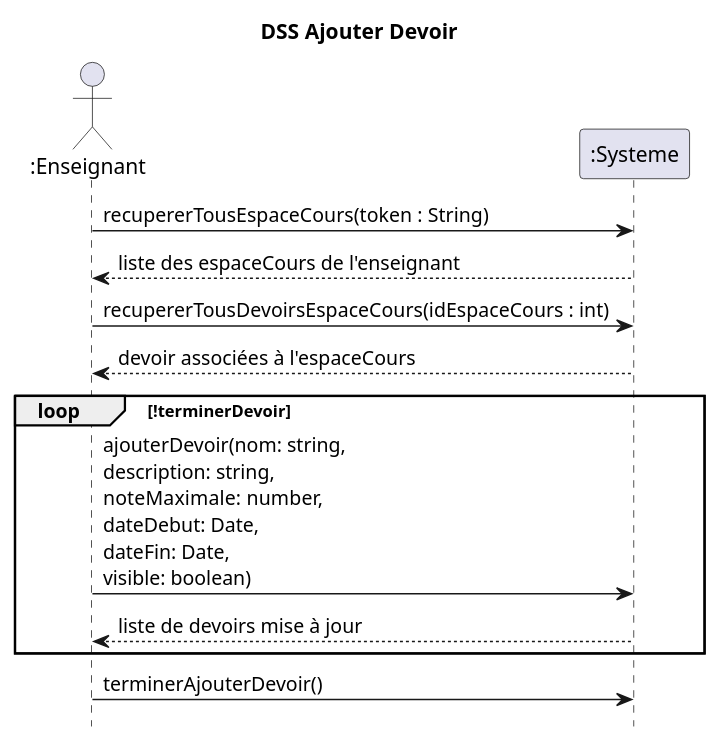
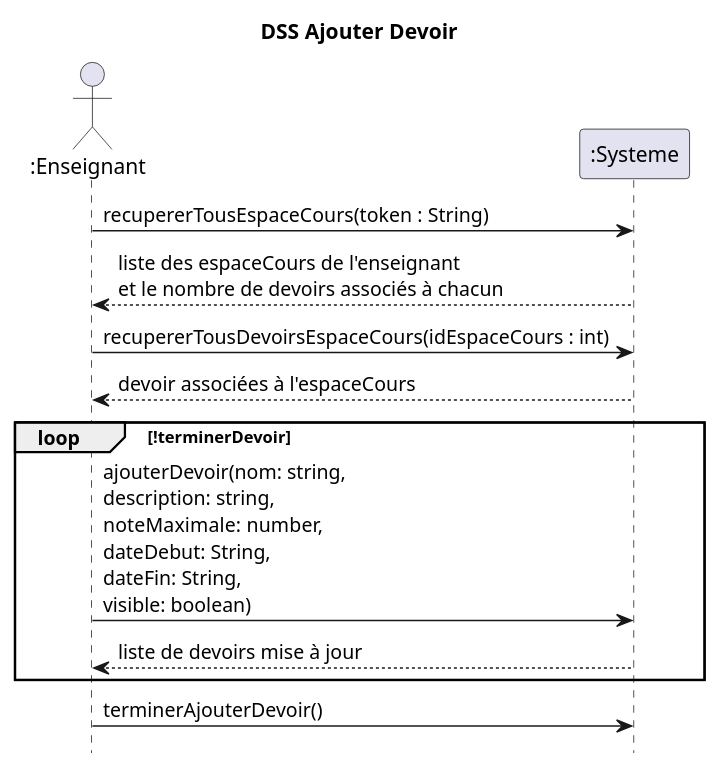
One commit to nerdz88/SGA-TS changed the diagram in docs/Ajouter devoir/DSS_Ajouter_Devoir.puml. Above: the diagram before and after it, drawn with PlantUML. The commit also changed 18 other files, not shown here.

Commit message:
doc AjouterDevoir

```diff
--- a/docs/Ajouter devoir/DSS_Ajouter_Devoir.puml
+++ b/docs/Ajouter devoir/DSS_Ajouter_Devoir.puml
@@ -1,18 +1,16 @@
 @startuml DSS_Ajouter_Devoir
 title DSS Ajouter Devoir
 hide footbox
 actor ":Enseignant" as professeur
 participant ":Systeme" as systeme
 
 professeur ->  systeme : recupererTousEspaceCours(token : String)
-professeur <-- systeme : liste des espaceCours de l'enseignant
+professeur <-- systeme : liste des espaceCours de l'enseignant\net le nombre de devoirs associés à chacun
 professeur -> systeme : recupererTousDevoirsEspaceCours(idEspaceCours : int)
 professeur <-- systeme : devoir associées à l'espaceCours
-
 loop !terminerDevoir
-professeur -> systeme : ajouterDevoir(nom: string, \ndescription: string, \nnoteMaximale: number, \ndateDebut: Date, \ndateFin: Date, \nvisible: boolean)
+professeur -> systeme : ajouterDevoir(nom: string, \ndescription: string, \nnoteMaximale: number, \ndateDebut: String, \ndateFin: String, \nvisible: boolean)
 systeme --> professeur : liste de devoirs mise à jour
 end
 professeur -> systeme : terminerAjouterDevoir()
-
 @enduml
```
